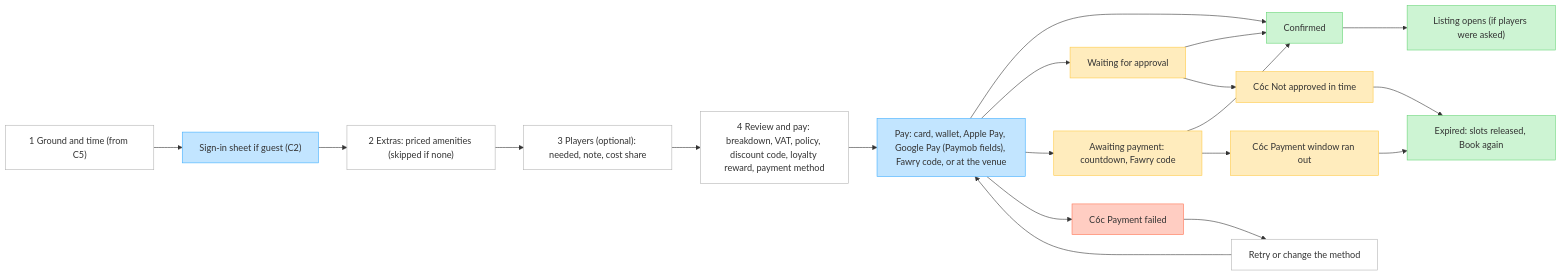
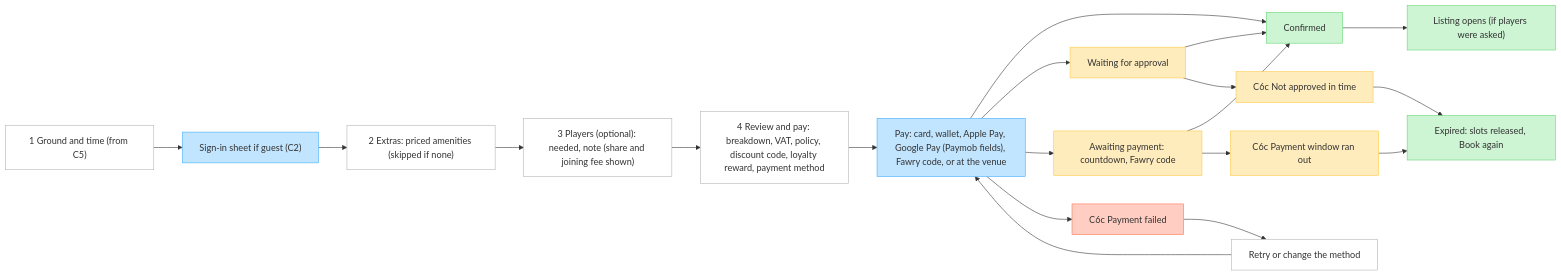
One commit to ammarsarhan/hagz changed the sixth of 30 diagrams in docs/flows.md. Above: the diagram before and after it, drawn with Mermaid. The commit also changed other lines of this file and 2 other files, not shown here.

Commit message:
Change open-game money: prepaid bookings only, share to the booker plus a 10% joining fee the venue collects for Hagz

````diff
--- a/docs/flows.md
+++ b/docs/flows.md
@@ -120,21 +120,21 @@
 ```mermaid
 flowchart LR
   classDef default fill:#FFFFFF,stroke:#B3B3B3
   classDef sheet fill:#C2E5FF,stroke:#3DADFF
   classDef state fill:#FFECBD,stroke:#FFC943
   classDef result fill:#CDF4D3,stroke:#66D575
   classDef danger fill:#FFCDC2,stroke:#FF7556
   s1["1 Ground and time (from C5)"] --> signin["Sign-in sheet if guest (C2)"]:::sheet --> s2["2 Extras: priced amenities (skipped if none)"]
-  s2 --> s3["3 Players (optional): needed, note, cost share"]
+  s2 --> s3["3 Players (optional): needed, note (share and joining fee shown)"]
   s3 --> s4["4 Review and pay: breakdown, VAT, policy, discount code, loyalty reward, payment method"]
   s4 --> pay["Pay: card, wallet, Apple Pay, Google Pay (Paymob fields), Fawry code, or at the venue"]:::sheet
   pay --> confirmed["Confirmed"]:::result
   pay --> approval["Waiting for approval"]:::state
   pay --> awaiting["Awaiting payment: countdown, Fawry code"]:::state
   approval --> confirmed
   awaiting --> confirmed
   confirmed --> listing["Listing opens (if players were asked)"]:::result
   pay --> failed["C6c Payment failed"]:::danger --> retry["Retry or change the method"] --> pay
   awaiting --> ranOut["C6c Payment window ran out"]:::state --> expired["Expired: slots released, Book again"]:::result
   approval --> notApproved["C6c Not approved in time"]:::state --> expired
 ```
````
